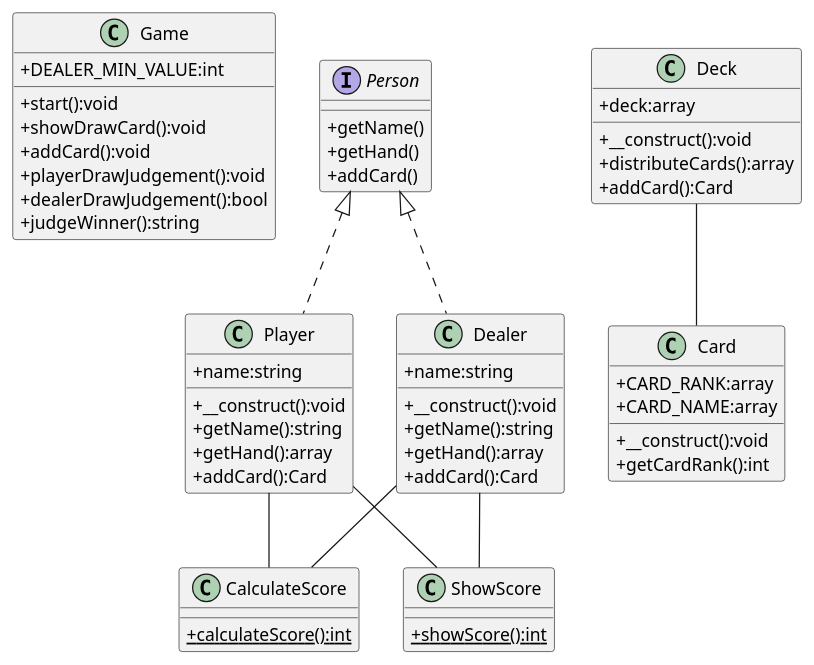
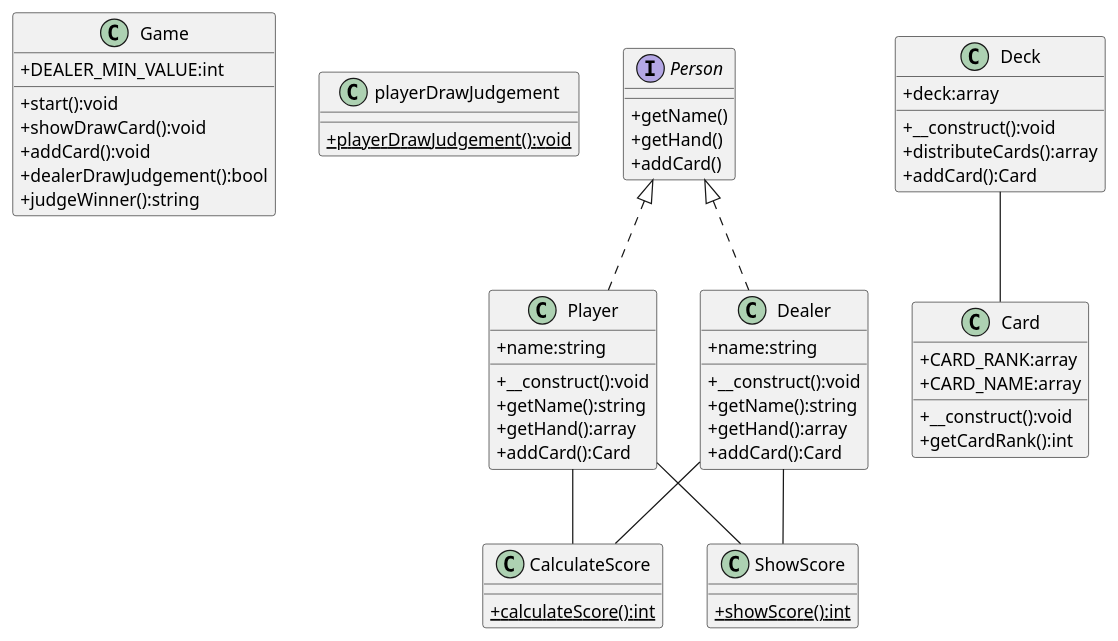
Before and after one commit to tneofull/BlackJack: the diagram in class.pu, drawn with PlantUML. The commit also changed 1 other file, not shown here.

Commit message:
軽微なクラス図修正

```diff
--- a/class.pu
+++ b/class.pu
@@ -1,69 +1,72 @@
 @startuml
 skinparam classAttributeIconSize 0
 
 class Game {
   +DEALER_MIN_VALUE:int
   +start():void
   +showDrawCard():void
   +addCard():void
-  +playerDrawJudgement():void
   +dealerDrawJudgement():bool
   +judgeWinner():string
+}
+
+class playerDrawJudgement {
+  {static}+playerDrawJudgement():void
 }
 
 interface Person {
   +getName()
   +getHand()
   +addCard()
 }
 
 class Player implements Person {
   +name:string
   +__construct():void
   +getName():string
   +getHand():array
   +addCard():Card
 }
 
 class Dealer implements Person {
   +name:string
   +__construct():void
   +getName():string
   +getHand():array
   +addCard():Card
 }
 
 class Card {
   +CARD_RANK:array
   +CARD_NAME:array
   ' -suit:string
   ' -num:string
   +__construct():void
   +getCardRank():int
   ' +getSuit():string
   ' +getNum():mixed
   ' +getCardName():string
 }
 
 class Deck {
   +deck:array
   +__construct():void
   +distributeCards():array
   +addCard():Card
 }
 
 class CalculateScore {
   {static}+calculateScore():int
 }
 
 class ShowScore {
   {static}+showScore():int
 }
 
 Player -- CalculateScore
 Dealer -- CalculateScore
 Player -- ShowScore
 Dealer -- ShowScore
 Deck -- Card
 
 @enduml
```
